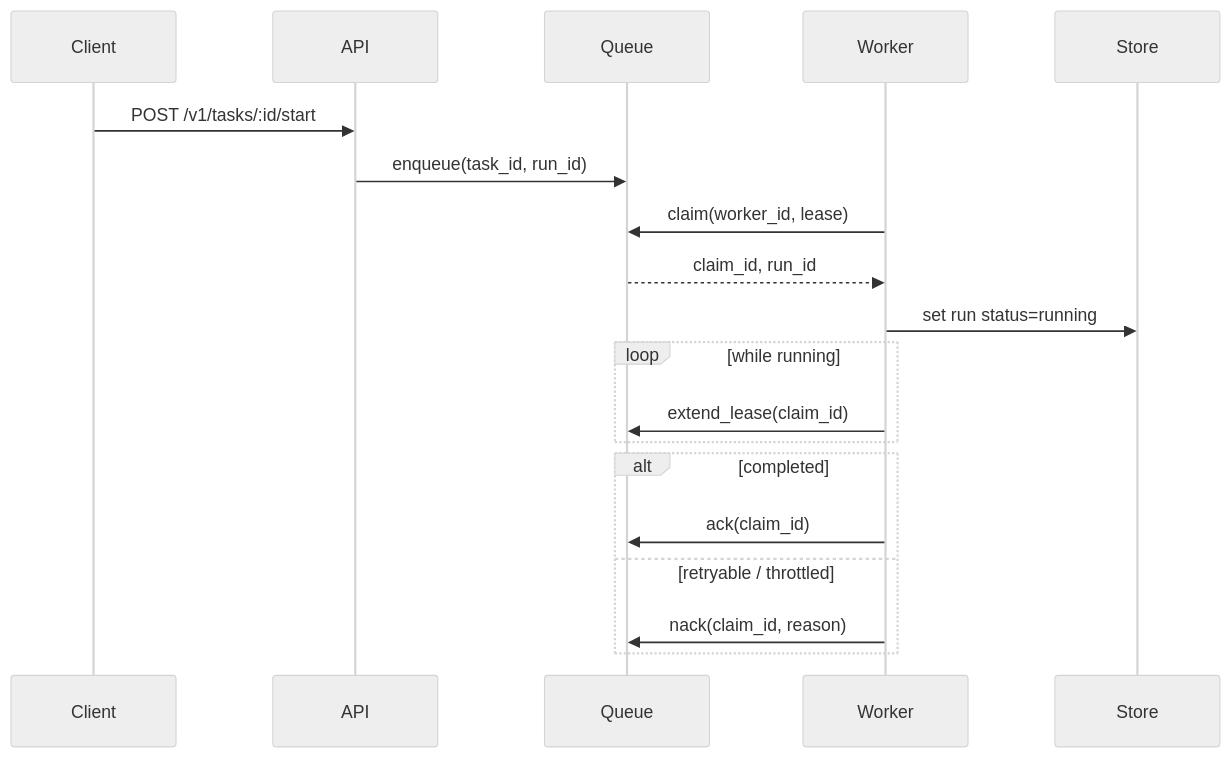
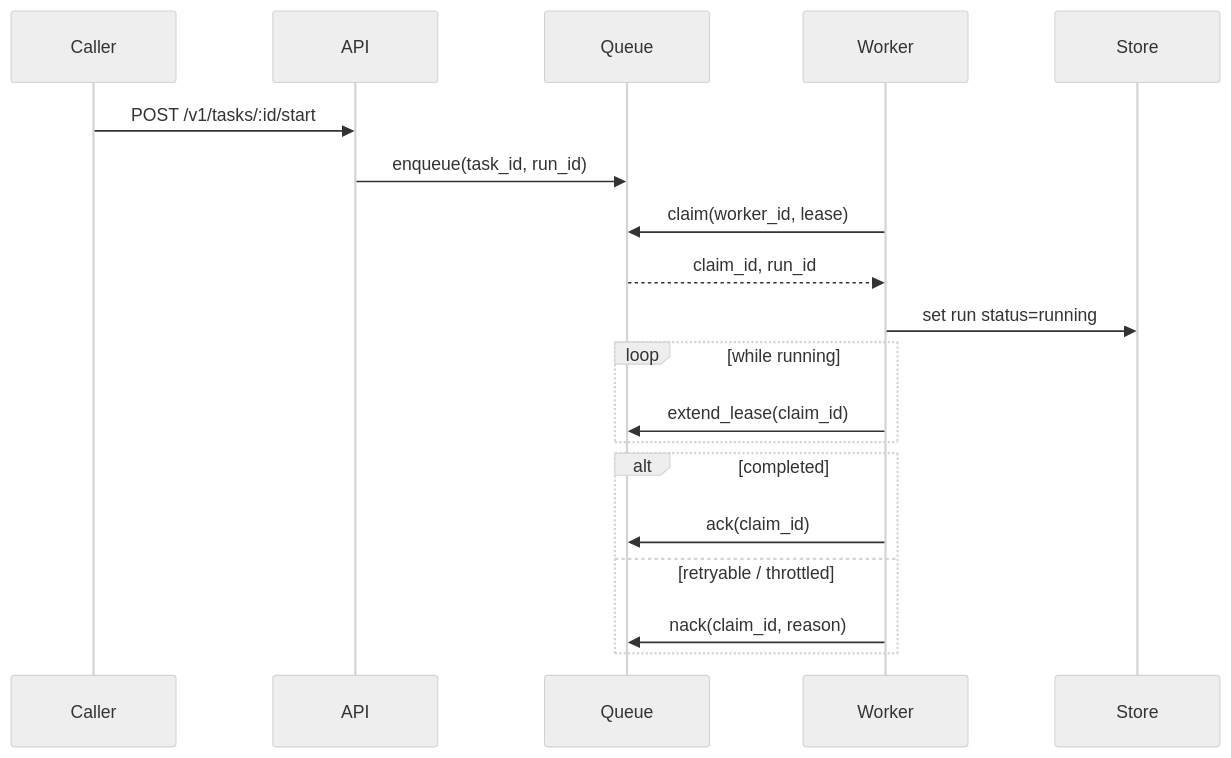
The diagram in docs/runtime-api.md (hecatehq/hecate), drawn with Mermaid (neutral theme) before and after one commit. The commit also changed 3 other files, not shown here.

````diff
--- a/docs/runtime-api.md
+++ b/docs/runtime-api.md
@@ -177,21 +177,21 @@
 ```mermaid
 sequenceDiagram
-    participant Client
+    participant Caller
     participant API
     participant Queue
     participant Worker
     participant Store
-    Client->>API: POST /v1/tasks/:id/start
+    Caller->>API: POST /v1/tasks/:id/start
     API->>Queue: enqueue(task_id, run_id)
     Worker->>Queue: claim(worker_id, lease)
     Queue-->>Worker: claim_id, run_id
     Worker->>Store: set run status=running
     loop while running
       Worker->>Queue: extend_lease(claim_id)
     end
     alt completed
       Worker->>Queue: ack(claim_id)
     else retryable / throttled
       Worker->>Queue: nack(claim_id, reason)
     end
 ```
````
